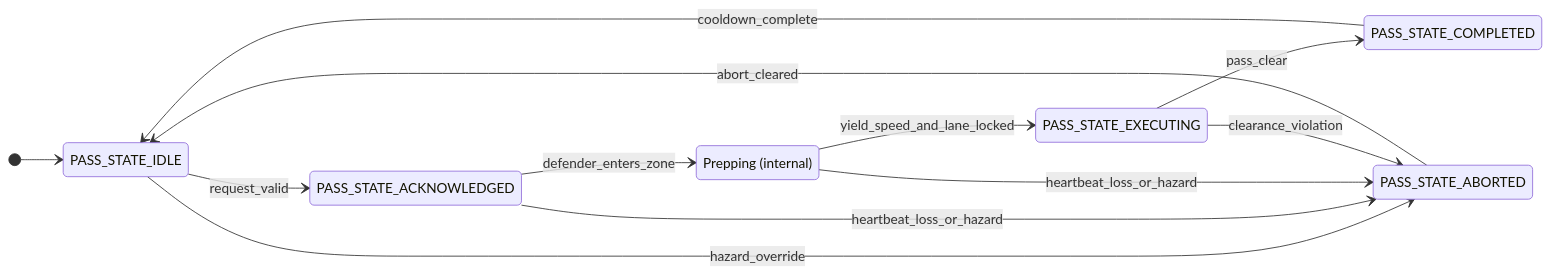
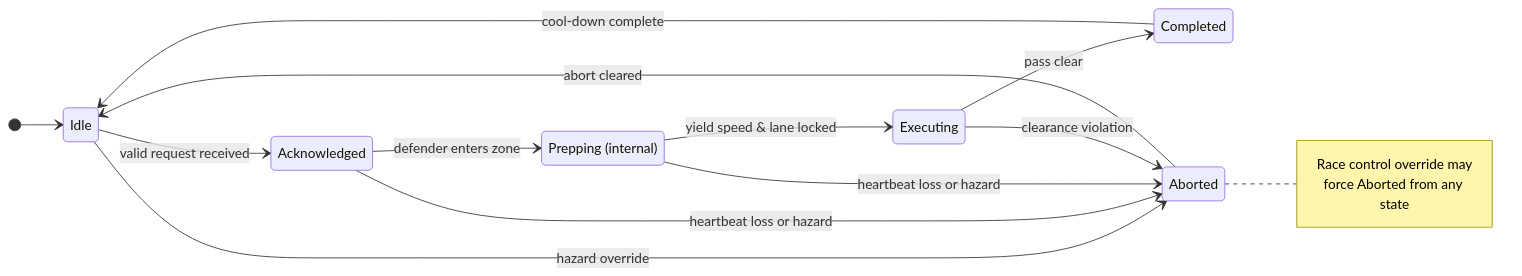
One commit to airacingtech/multicar_rules_of_engagement changed the second of 2 diagrams in README.md. Above: the diagram before and after it, drawn with Mermaid. The commit also changed other lines of this file, not shown here.

Commit message:
Refactor state diagrams in README.md for improved clarity and consistency, including renaming states and enhancing abort condition notes.

````diff
--- a/README.md
+++ b/README.md
@@ -99,17 +109,25 @@
 ```mermaid
 stateDiagram-v2
     direction LR
-    [*] --> PASS_STATE_IDLE
-    state "Prepping (internal)" as DEF_PREPPING
-    PASS_STATE_IDLE --> PASS_STATE_ACKNOWLEDGED: request_valid
-    PASS_STATE_IDLE --> PASS_STATE_ABORTED: hazard_override
-    PASS_STATE_ACKNOWLEDGED --> DEF_PREPPING: defender_enters_zone
-    PASS_STATE_ACKNOWLEDGED --> PASS_STATE_ABORTED: heartbeat_loss_or_hazard
-    DEF_PREPPING --> PASS_STATE_EXECUTING: yield_speed_and_lane_locked
-    DEF_PREPPING --> PASS_STATE_ABORTED: heartbeat_loss_or_hazard
-    PASS_STATE_EXECUTING --> PASS_STATE_COMPLETED: pass_clear
-    PASS_STATE_EXECUTING --> PASS_STATE_ABORTED: clearance_violation
-    PASS_STATE_COMPLETED --> PASS_STATE_IDLE: cooldown_complete
-    PASS_STATE_ABORTED --> PASS_STATE_IDLE: abort_cleared
-    %% Race control override may force PASS_STATE_ABORTED from any state
+
+    state "Idle" as IDLE
+    state "Acknowledged" as ACK
+    state "Prepping (internal)" as PREP
+    state "Executing" as EXEC
+    state "Completed" as DONE
+    state "Aborted" as ABORT
+
+    [*] --> IDLE
+    IDLE  --> ACK   : valid request received
+    IDLE  --> ABORT : hazard override
+    ACK   --> PREP  : defender enters zone
+    ACK   --> ABORT : heartbeat loss or hazard
+    PREP  --> EXEC  : yield speed & lane locked
+    PREP  --> ABORT : heartbeat loss or hazard
+    EXEC  --> DONE  : pass clear
+    EXEC  --> ABORT : clearance violation
+    DONE  --> IDLE  : cool-down complete
+    ABORT --> IDLE  : abort cleared
+
+    note right of ABORT : Race control override may<br/>force Aborted from any state
 ```
````
